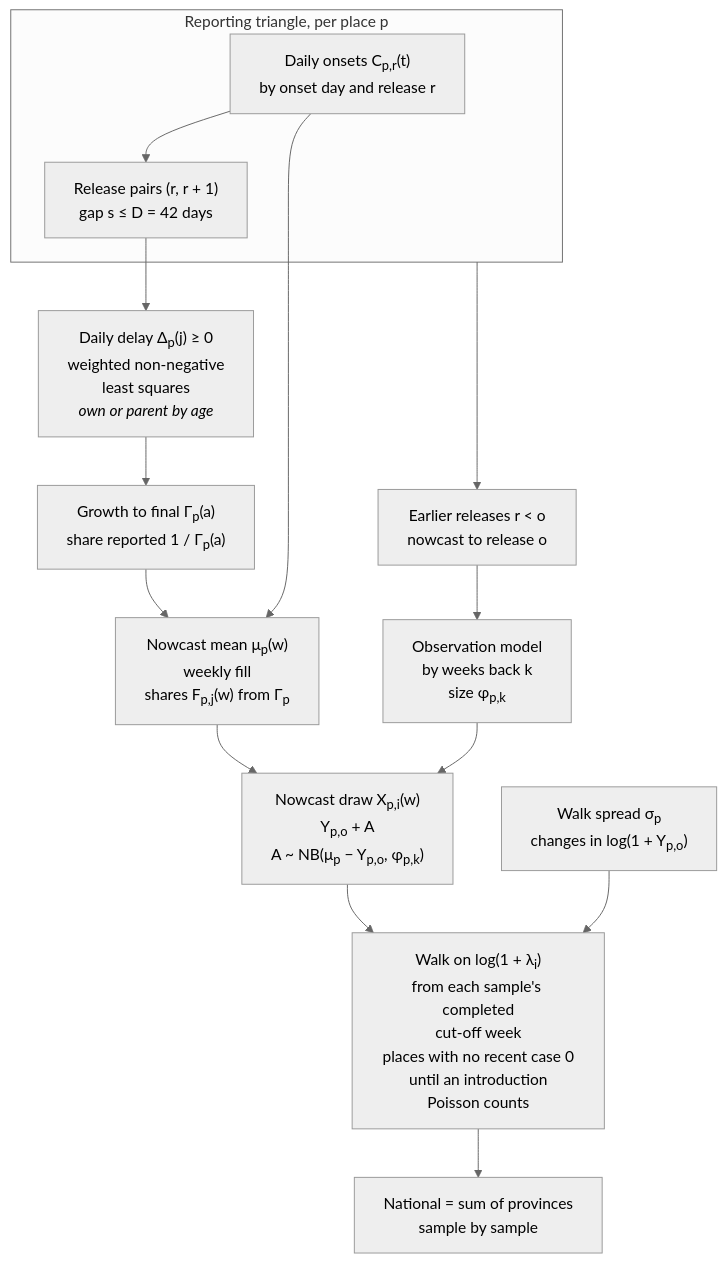
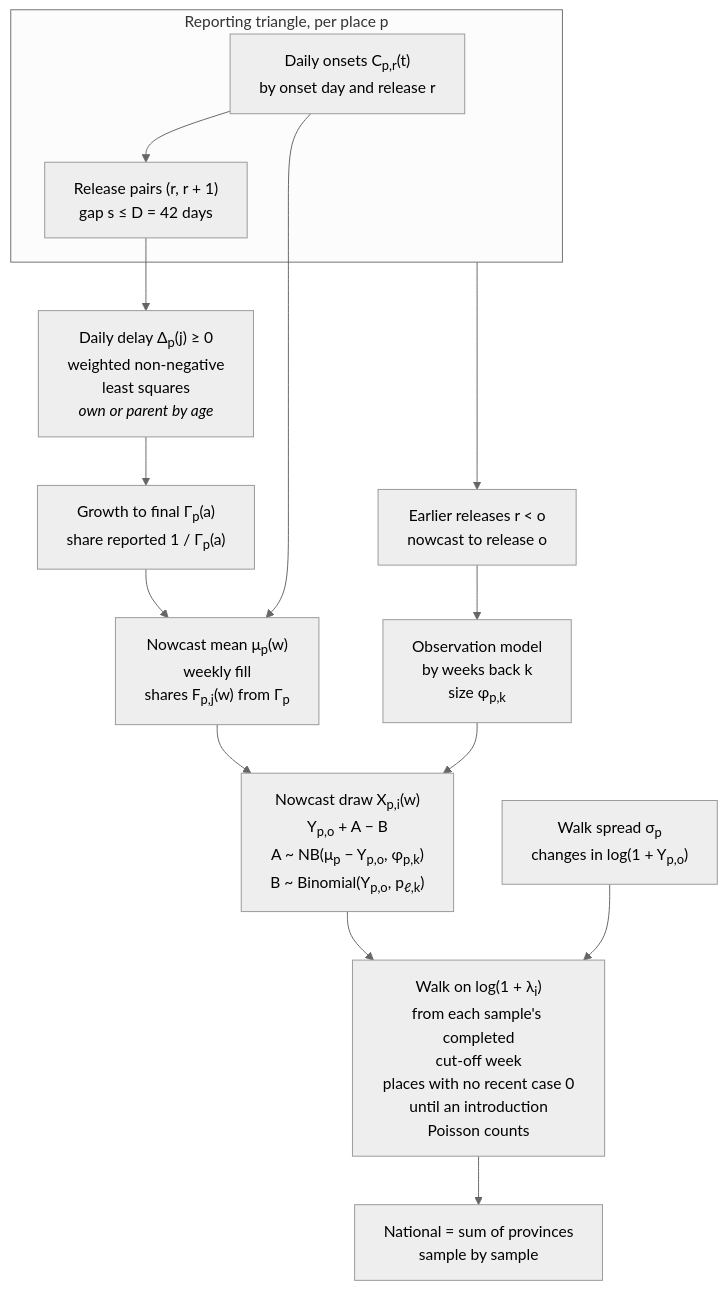
The first of 2 diagrams in docs/methods/baselines.md (seabbs/BDBVHubRenewal), drawn with Mermaid (neutral theme) before and after one commit. The commit also changed other lines of this file and 2 other files, not shown here.

Commit message:
docs: describe the Binomial removals in the methods and hub metadata

````diff
--- a/docs/methods/baselines.md
+++ b/docs/methods/baselines.md
@@ -27,29 +27,29 @@
 ```mermaid
 flowchart TD
     subgraph TRI["Reporting triangle, per place p"]
         SNAP["Daily onsets C<sub>p,r</sub>(t)<br/>by onset day and release r"]
         PAIR["Release pairs (r, r + 1)<br/>gap s ≤ D = 42 days"]
     end
     DEL["Daily delay Δ<sub>p</sub>(j) ≥ 0<br/>weighted non-negative<br/>least squares<br/><i>own or parent by age</i>"]
     G["Growth to final Γ<sub>p</sub>(a)<br/>share reported 1 / Γ<sub>p</sub>(a)"]
     MU["Nowcast mean μ<sub>p</sub>(w)<br/>weekly fill<br/>shares F<sub>p,j</sub>(w) from Γ<sub>p</sub>"]
     RETRO["Earlier releases r &lt; o<br/>nowcast to release o"]
     OBS["Observation model<br/>by weeks back k<br/>size φ<sub>p,k</sub>"]
-    X["Nowcast draw X<sub>p,i</sub>(w)<br/>Y<sub>p,o</sub> + A<br/>A ~ NB(μ<sub>p</sub> − Y<sub>p,o</sub>, φ<sub>p,k</sub>)"]
+    X["Nowcast draw X<sub>p,i</sub>(w)<br/>Y<sub>p,o</sub> + A − B<br/>A ~ NB(μ<sub>p</sub> − Y<sub>p,o</sub>, φ<sub>p,k</sub>)<br/>B ~ Binomial(Y<sub>p,o</sub>, p<sub>ℓ,k</sub>)"]
     SIG["Walk spread σ<sub>p</sub><br/>changes in log(1 + Y<sub>p,o</sub>)"]
     W["Walk on log(1 + λ<sub>i</sub>)<br/>from each sample's completed<br/>cut-off week<br/>places with no recent case 0<br/>until an introduction<br/>Poisson counts"]
     NAT["National = sum of provinces<br/>sample by sample"]
 
     SNAP --> PAIR
     PAIR --> DEL
     DEL --> G
     G --> MU
     SNAP --> MU
     TRI --> RETRO
     RETRO --> OBS
     MU --> X
     OBS --> X
     X --> W
     SIG --> W
     W --> NAT
 ```
````
